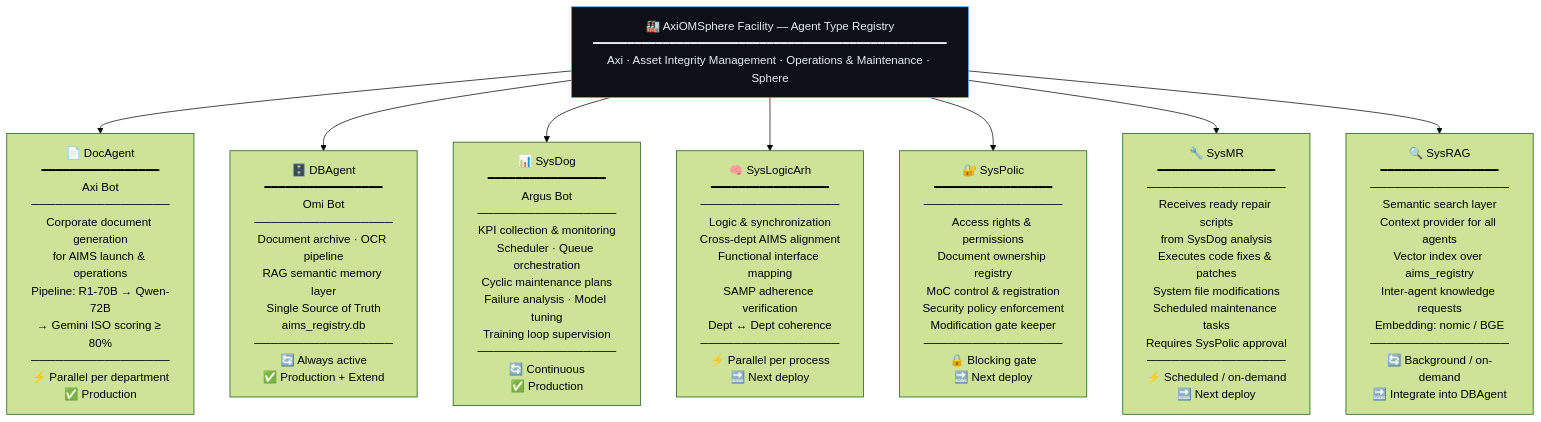
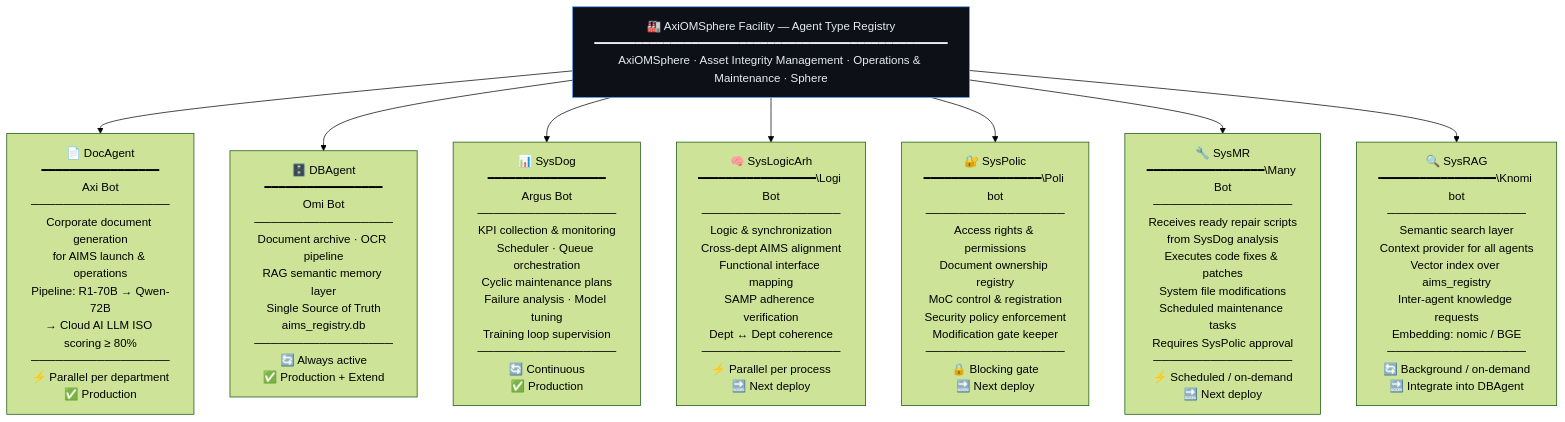
The first of 8 diagrams in README.md (AxiOMSphereAssistanceAIMS/AxiOMSphere), drawn with Mermaid (forest theme) before and after one commit.

````diff
--- a/README.md
+++ b/README.md
@@ -73,22 +73,22 @@
 ```mermaid
 flowchart TD
-    HEADER["🏭 AxiOMSphere Facility — Agent Type Registry\n━━━━━━━━━━━━━━━━━━━━━━━━━━━━━━━━━━━━━━━━━━━━━━━━━━━\nAxi · Asset Integrity Management · Operations & Maintenance · Sphere"]
+    HEADER["🏭 AxiOMSphere Facility — Agent Type Registry\n━━━━━━━━━━━━━━━━━━━━━━━━━━━━━━━━━━━━━━━━━━━━━━━━━━━\nAxiOMSphere · Asset Integrity Management · Operations & Maintenance · Sphere"]
 
     HEADER --> T1 & T2 & T3 & T4 & T5 & T6 & T7
 
-    T1["📄 DocAgent\n━━━━━━━━━━━━━━━━━\nAxi Bot\n─────────────────\nCorporate document generation\nfor AIMS launch & operations\nPipeline: R1-70B → Qwen-72B\n→ Gemini ISO scoring ≥ 80%\n─────────────────\n⚡ Parallel per department\n✅ Production"]
+    T1["📄 DocAgent\n━━━━━━━━━━━━━━━━━\nAxi Bot\n─────────────────\nCorporate document generation\nfor AIMS launch & operations\nPipeline: R1-70B → Qwen-72B\n→ Cloud AI LLM ISO scoring ≥ 80%\n─────────────────\n⚡ Parallel per department\n✅ Production"]
 
     T2["🗄️ DBAgent\n━━━━━━━━━━━━━━━━━\nOmi Bot\n─────────────────\nDocument archive · OCR pipeline\nRAG semantic memory layer\nSingle Source of Truth\naims_registry.db\n─────────────────\n🔄 Always active\n✅ Production + Extend"]
 
     T3["📊 SysDog\n━━━━━━━━━━━━━━━━━\nArgus Bot\n─────────────────\nKPI collection & monitoring\nScheduler · Queue orchestration\nCyclic maintenance plans\nFailure analysis · Model tuning\nTraining loop supervision\n─────────────────\n🔄 Continuous\n✅ Production"]
 
-    T4["🧠 SysLogicArh\n━━━━━━━━━━━━━━━━━\n─────────────────\nLogic & synchronization\nCross-dept AIMS alignment\nFunctional interface mapping\nSAMP adherence verification\nDept ↔ Dept coherence\n─────────────────\n⚡ Parallel per process\n🔜 Next deploy"]
+    T4["🧠 SysLogicArh\n━━━━━━━━━━━━━━━━━\Logi Bot\n─────────────────\nLogic & synchronization\nCross-dept AIMS alignment\nFunctional interface mapping\nSAMP adherence verification\nDept ↔ Dept coherence\n─────────────────\n⚡ Parallel per process\n🔜 Next deploy"]
 
-    T5["🔐 SysPolic\n━━━━━━━━━━━━━━━━━\n─────────────────\nAccess rights & permissions\nDocument ownership registry\nMoC control & registration\nSecurity policy enforcement\nModification gate keeper\n─────────────────\n🔒 Blocking gate\n🔜 Next deploy"]
+    T5["🔐 SysPolic\n━━━━━━━━━━━━━━━━━\Poli bot\n─────────────────\nAccess rights & permissions\nDocument ownership registry\nMoC control & registration\nSecurity policy enforcement\nModification gate keeper\n─────────────────\n🔒 Blocking gate\n🔜 Next deploy"]
 
-    T6["🔧 SysMR\n━━━━━━━━━━━━━━━━━\n─────────────────\nReceives ready repair scripts\nfrom SysDog analysis\nExecutes code fixes & patches\nSystem file modifications\nScheduled maintenance tasks\nRequires SysPolic approval\n─────────────────\n⚡ Scheduled / on-demand\n🔜 Next deploy"]
+    T6["🔧 SysMR\n━━━━━━━━━━━━━━━━━\Many Bot\n─────────────────\nReceives ready repair scripts\nfrom SysDog analysis\nExecutes code fixes & patches\nSystem file modifications\nScheduled maintenance tasks\nRequires SysPolic approval\n─────────────────\n⚡ Scheduled / on-demand\n🔜 Next deploy"]
 
-    T7["🔍 SysRAG\n━━━━━━━━━━━━━━━━━\n─────────────────\nSemantic search layer\nContext provider for all agents\nVector index over aims_registry\nInter-agent knowledge requests\nEmbedding: nomic / BGE\n─────────────────\n🔄 Background / on-demand\n🔜 Integrate into DBAgent"]
+    T7["🔍 SysRAG\n━━━━━━━━━━━━━━━━━\Knomi bot\n─────────────────\nSemantic search layer\nContext provider for all agents\nVector index over aims_registry\nInter-agent knowledge requests\nEmbedding: nomic / BGE\n─────────────────\n🔄 Background / on-demand\n🔜 Integrate into DBAgent"]
 
     style HEADER fill:#0d1117,stroke:#58a6ff,color:#e6edf3
 ```
````
